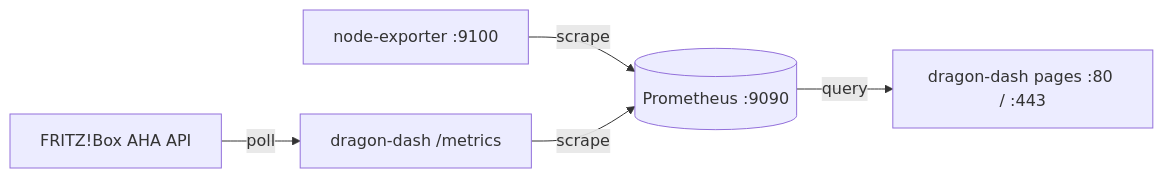
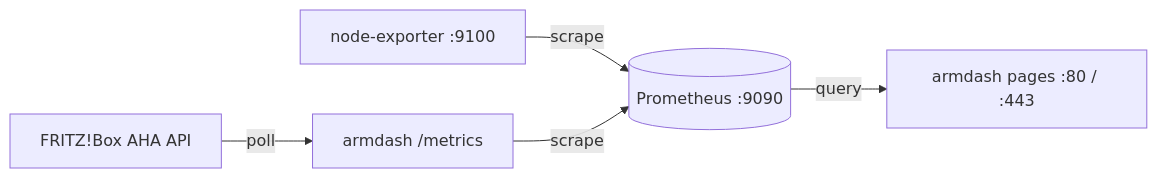
The second of 2 diagrams in docs/deployment.md (xuedi/dragon-dash), drawn with Mermaid before and after one commit. The commit also changed other lines of this file and 54 other files, not shown here.

````diff
--- a/docs/deployment.md
+++ b/docs/deployment.md
@@ -153,7 +153,7 @@
 ```mermaid
 flowchart LR
     NE[node-exporter :9100] -->|scrape| P[(Prometheus :9090)]
-    DD[dragon-dash /metrics] -->|scrape| P
+    DD[armdash /metrics] -->|scrape| P
     FB[FRITZ!Box AHA API] -->|poll| DD
-    P -->|query| DD2[dragon-dash pages :80 / :443]
+    P -->|query| DD2[armdash pages :80 / :443]
 ```
````
